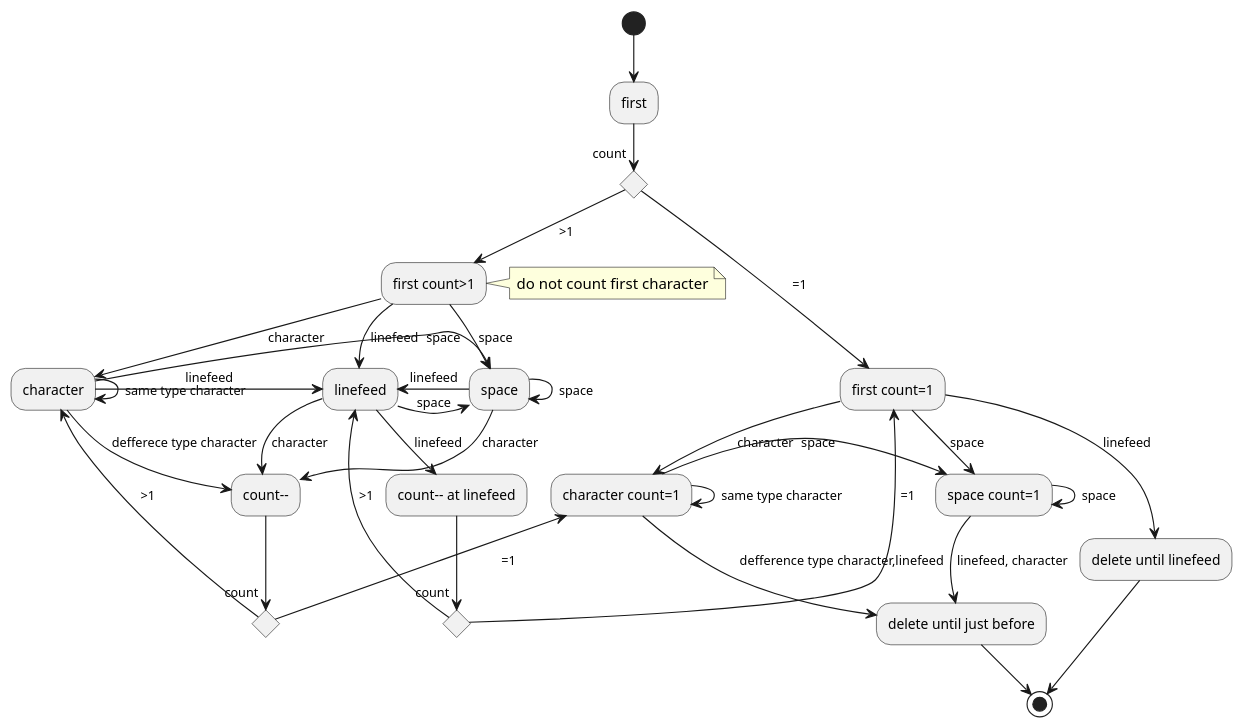
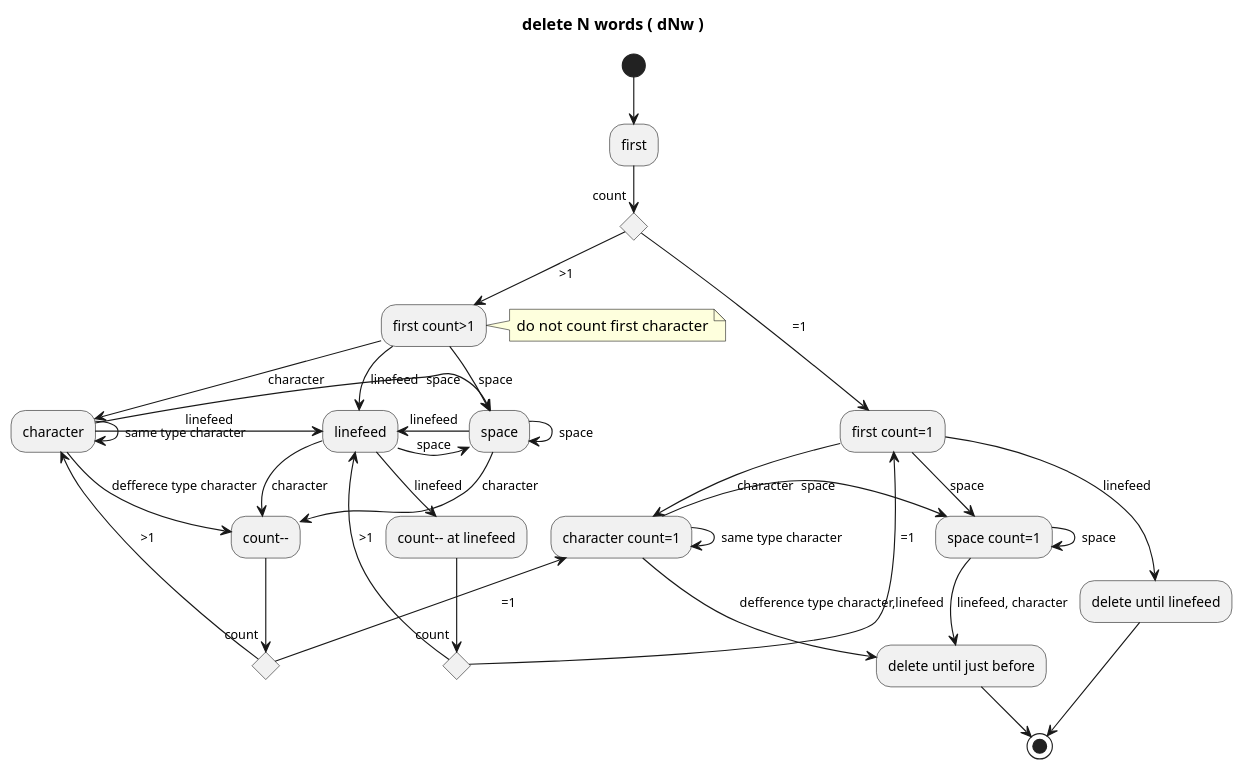
Before and after one commit to 74th/vscode-vim: the diagram in src/motion/wordMorionStateModel/deleteWord.plantuml, drawn with PlantUML. The commit also changed 5 other files, not shown here.

```diff
--- a/src/motion/wordMorionStateModel/deleteWord.plantuml
+++ b/src/motion/wordMorionStateModel/deleteWord.plantuml
@@ -1,46 +1,47 @@
 @startuml
+title delete N words ( dNw )
 
 (*) --> first
 if "count" then
 --> [ =1] "first count=1"
 else
 --> [>1] "first count>1"
 note right :do not count first character
 end if
 
 "first count=1" --> [character] "character count=1"
 "first count=1" --> [space] "space count=1"
 "first count=1" --> [linefeed] "delete until linefeed"
 "delete until linefeed" --> (*)
 "character count=1" --> [defference type character,linefeed] "delete until just before"
 "character count=1" -> [same type character] "character count=1"
 "character count=1" -> [space] "space count=1"
 "space count=1" -> [space] "space count=1"
 "space count=1" --> [linefeed, character] "delete until just before"
 "delete until just before" --> (*)
 
 "first count>1" --> [character] "character"
 "first count>1" --> [space] "space"
 "first count>1" --> [linefeed] "linefeed"
 "character" --> [defferece type character] "count--"
 if "count" then
 -up-> [ =1] "character count=1"
 else
 -up-> [>1] "character"
 end if
 "character" -> [same type character] "character"
 "character" -> [space] "space"
 "character" -> [linefeed] "linefeed"
 "space" --> [character] "count--"
 "space" -> [space] "space"
 "space" -> [linefeed] linefeed
 "linefeed" -down-> [linefeed] "count-- at linefeed"
 if "count" then
 -up-> [ =1] "first count=1"
 else
 -up-> [>1] "linefeed"
 end if
 "linefeed" --> [character] "count--"
 "linefeed" -> [space] "space"
 
 @enduml
```
